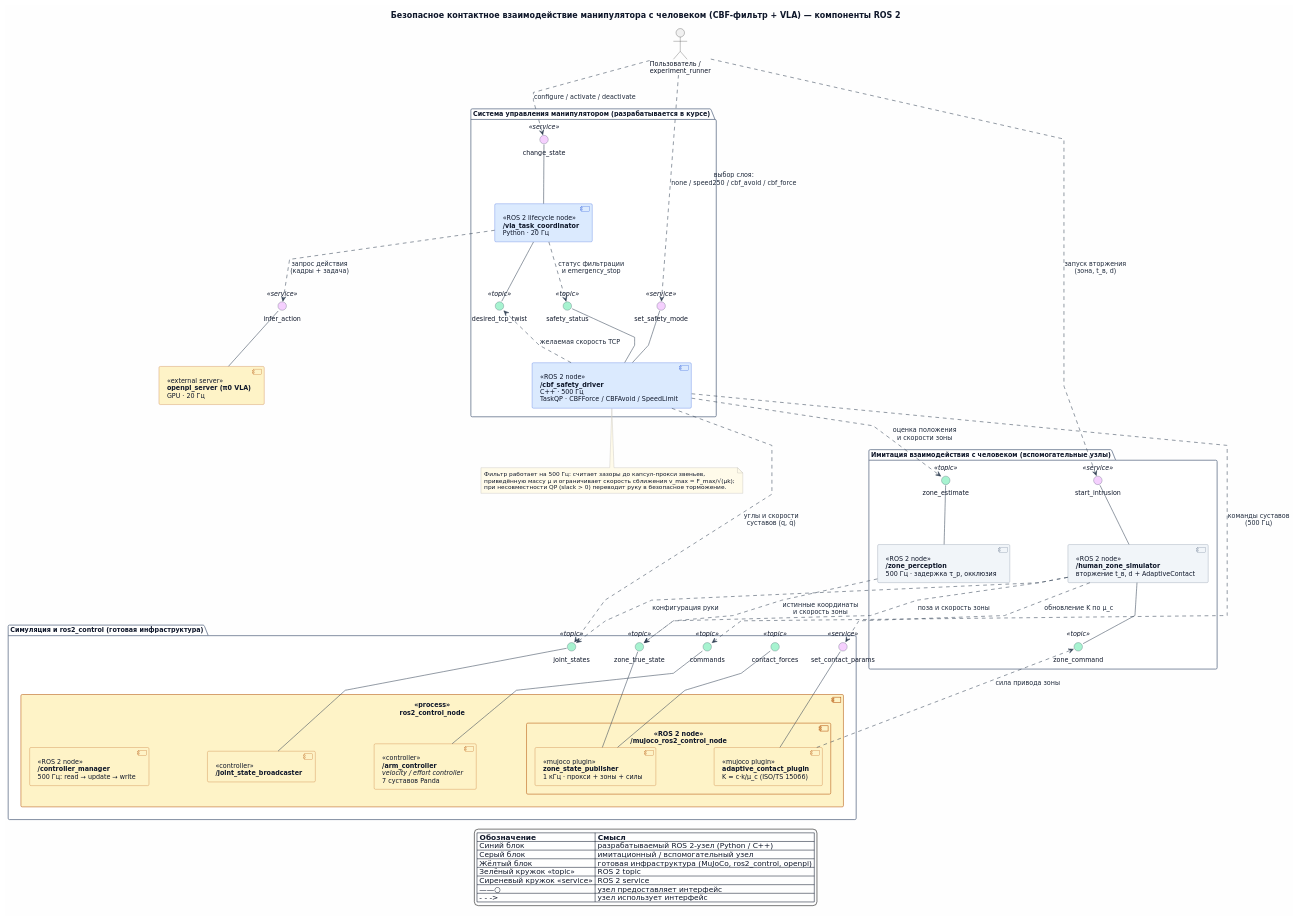
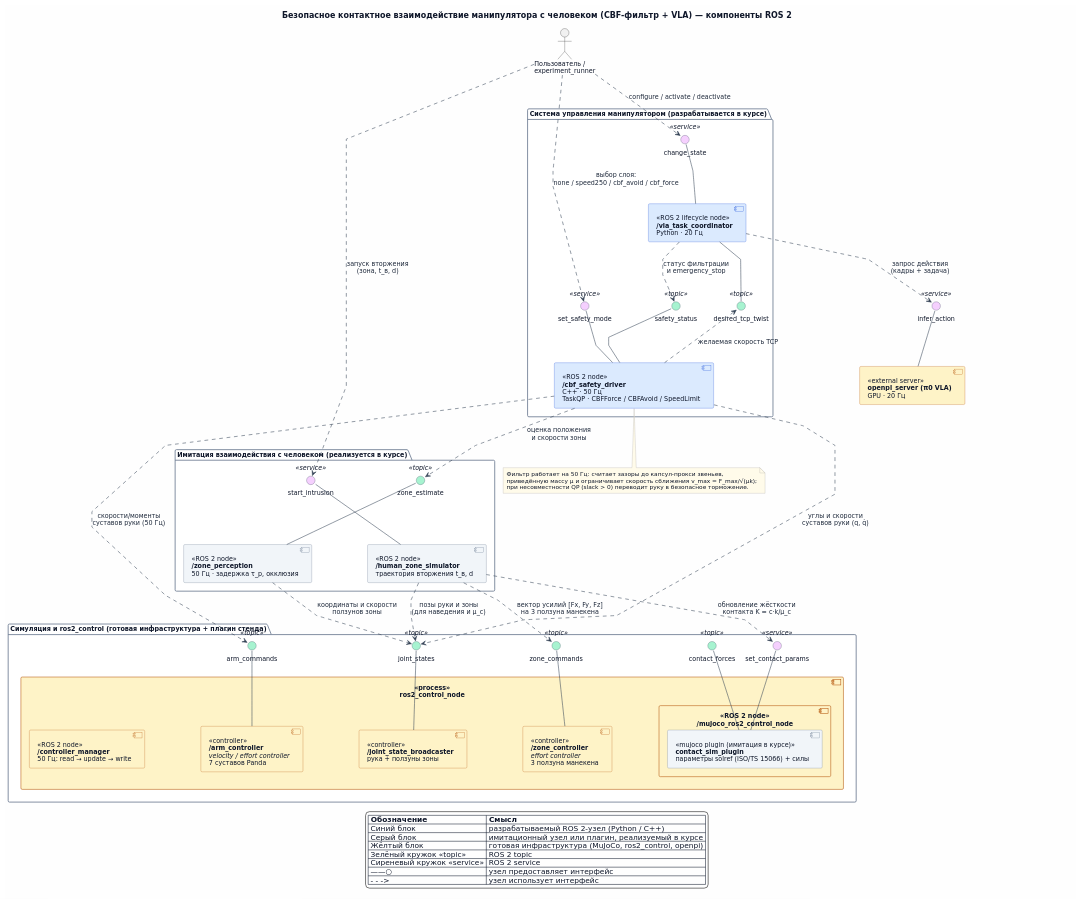
The diagram in component_diagram.puml (RRBTW/robotics-course-project), drawn with PlantUML before and after one commit. The commit also changed 1 other file, not shown here.

Commit message:
Update component diagram per review feedback

```diff
--- a/component_diagram.puml
+++ b/component_diagram.puml
@@ -1,158 +1,155 @@
 @startuml component_diagram
 ' UML-диаграмма компонентов: CBF-фильтр ограничения пиковой силы контакта для VLA-манипулятора
 ' Рендер: plantuml -tsvg component_diagram.puml
 
 skinparam backgroundColor #FEFEFE
 skinparam defaultFontName "DejaVu Sans"
 skinparam defaultFontSize 12
 skinparam defaultFontColor #0f172a
 skinparam titleFontSize 15
 skinparam shadowing false
 skinparam componentStyle uml2
 skinparam linetype polyline
-skinparam nodesep 110
+skinparam nodesep 105
 skinparam ranksep 65
 skinparam ArrowColor #334155
 skinparam ArrowFontColor #1e293b
 skinparam InterfaceBorderColor #334155
 
 skinparam package {
   BackgroundColor #FFFFFF
   BorderColor #64748b
   FontStyle bold
 }
 skinparam component {
   BackgroundColor<<dev>> #dbeafe
   BorderColor<<dev>> #1d4ed8
   BackgroundColor<<sim>> #f1f5f9
   BorderColor<<sim>> #64748b
   BackgroundColor<<infra>> #fef3c7
   BorderColor<<infra>> #b45309
 }
 skinparam interface {
   BackgroundColor<<topic>> #a7f3d0
   BackgroundColor<<service>> #f5d0fe
   BackgroundColor<<action>> #fed7aa
 }
 skinparam note {
   BackgroundColor #fffbea
   BorderColor #a8a29e
   FontSize 11
 }
 hide <<dev>> stereotype
 hide <<sim>> stereotype
 hide <<infra>> stereotype
 
 title Безопасное контактное взаимодействие манипулятора с человеком (CBF-фильтр + VLA) — компоненты ROS 2
 
 actor "Пользователь /\nexperiment_runner" as user
 
 ' ───────── Внешний VLA-сервер (слева) ─────────
 component "<<external server>>\n**openpi_server (π0 VLA)**\nGPU · 20 Гц" as openpi <<infra>>
 interface "infer_action" as srv_vla <<service>>
 
 ' ───────── Разрабатываемая система управления (центр) ─────────
 package "Система управления манипулятором (разрабатывается в курсе)" as CTRL {
   interface "change_state" as srv_lifecycle <<service>>
   interface "set_safety_mode" as srv_mode <<service>>
 
   component "<<ROS 2 lifecycle node>>\n**/vla_task_coordinator**\nPython · 20 Гц" as coordinator <<dev>>
 
   interface "desired_tcp_twist" as tp_twist <<topic>>
   interface "safety_status" as tp_status <<topic>>
 
-  component "<<ROS 2 node>>\n**/cbf_safety_driver**\nC++ · 500 Гц\nTaskQP · CBFForce / CBFAvoid / SpeedLimit" as safety <<dev>>
+  component "<<ROS 2 node>>\n**/cbf_safety_driver**\nC++ · 50 Гц\nTaskQP · CBFForce / CBFAvoid / SpeedLimit" as safety <<dev>>
 }
 
 ' ───────── Имитация окружения и восприятия (справа) ─────────
-package "Имитация взаимодействия с человеком (вспомогательные узлы)" as SIM {
+package "Имитация взаимодействия с человеком (реализуется в курсе)" as SIM {
   interface "start_intrusion" as srv_intr <<service>>
-  component "<<ROS 2 node>>\n**/human_zone_simulator**\nвторжение t_в, d + AdaptiveContact" as intrusion <<sim>>
-  interface "zone_command" as tp_zcmd <<topic>>
+  component "<<ROS 2 node>>\n**/human_zone_simulator**\nтраектория вторжения t_в, d" as intrusion <<sim>>
 
-  component "<<ROS 2 node>>\n**/zone_perception**\n500 Гц · задержка τ_p, окклюзия" as perception <<sim>>
+  component "<<ROS 2 node>>\n**/zone_perception**\n50 Гц · задержка τ_p, окклюзия" as perception <<sim>>
   interface "zone_estimate" as tp_zest <<topic>>
 }
 
-' ───────── Готовая инфраструктура (внизу) ─────────
-package "Симуляция и ros2_control (готовая инфраструктура)" as INFRA {
-  interface "commands" as tp_cmd <<topic>>
+' ───────── Готовая инфраструктура + имитационный плагин MuJoCo (внизу) ─────────
+package "Симуляция и ros2_control (готовая инфраструктура + плагин стенда)" as INFRA {
+  interface "arm_commands" as tp_cmd <<topic>>
   interface "joint_states" as tp_js <<topic>>
-  interface "zone_true_state" as tp_ztrue <<topic>>
+  interface "zone_commands" as tp_zcmd <<topic>>
   interface "contact_forces" as tp_forces <<topic>>
   interface "set_contact_params" as srv_cparams <<service>>
 
   component "<<process>>\n**ros2_control_node**" as r2c <<infra>> {
     component "<<controller>>\n**/arm_controller**\n//velocity / effort controller//\n7 суставов Panda" as arm_ctrl <<infra>>
-    component "<<controller>>\n**/joint_state_broadcaster**" as jsb <<infra>>
+    component "<<controller>>\n**/joint_state_broadcaster**\nрука + ползуны зоны" as jsb <<infra>>
+    component "<<controller>>\n**/zone_controller**\n//effort controller//\n3 ползуна манекена" as zone_ctrl <<infra>>
     component "<<ROS 2 node>>\n**/mujoco_ros2_control_node**" as mjnode <<infra>> {
-      component "<<mujoco plugin>>\n**zone_state_publisher**\n1 кГц · прокси + зоны + силы" as zpub <<infra>>
-      component "<<mujoco plugin>>\n**adaptive_contact_plugin**\nK = c·k/μ_c (ISO/TS 15066)" as acp <<infra>>
+      component "<<mujoco plugin (имитация в курсе)>>\n**contact_sim_plugin**\nпараметры solref (ISO/TS 15066) + силы" as cplugin <<sim>>
     }
-    component "<<ROS 2 node>>\n**/controller_manager**\n500 Гц: read → update → write" as cm <<infra>>
+    component "<<ROS 2 node>>\n**/controller_manager**\n50 Гц: read → update → write" as cm <<infra>>
   }
 }
 
 note bottom of safety
-  Фильтр работает на 500 Гц: считает зазоры до капсул-прокси звеньев,
+  Фильтр работает на 50 Гц: считает зазоры до капсул-прокси звеньев,
   приведённую массу μ и ограничивает скорость сближения v_max = F_max/√(μk);
   при несовместности QP (slack > 0) переводит руку в безопасное торможение.
 end note
 
 ' ───────── Предоставляемые интерфейсы (сплошная линия к кружку) ─────────
 srv_vla -- openpi
 srv_lifecycle -- coordinator
 coordinator -- tp_twist
 tp_status -- safety
 srv_mode -- safety
 srv_intr -- intrusion
-intrusion -- tp_zcmd
 tp_zest -- perception
 
 tp_cmd -- arm_ctrl
 tp_js -- jsb
-tp_ztrue -- zpub
-tp_forces -- zpub
-srv_cparams -- acp
+tp_zcmd -- zone_ctrl
+tp_forces -- cplugin
+srv_cparams -- cplugin
 
-' ───────── Подсказки раскладки (чтобы не было пересечений) ─────────
+' ───────── Подсказки раскладки ─────────
 openpi -[hidden]right- coordinator
 coordinator -[hidden]right- intrusion
 tp_twist -[hidden]right- tp_status
 safety -[hidden]right- perception
 tp_cmd -[hidden]right- tp_js
-tp_js -[hidden]right- tp_ztrue
-tp_ztrue -[hidden]right- srv_cparams
+tp_js -[hidden]right- tp_zcmd
+tp_zcmd -[hidden]right- srv_cparams
 srv_cparams -[hidden]right- tp_forces
 
 ' ───────── Используемые интерфейсы (пунктир к кружку) ─────────
 user ..> srv_lifecycle : configure / activate / deactivate
 user ..> srv_mode : выбор слоя:\nnone / speed250 / cbf_avoid / cbf_force
 user ..> srv_intr : запуск вторжения\n(зона, t_в, d)
 
 coordinator ..> srv_vla : запрос действия\n(кадры + задача)
 coordinator ..> tp_status : статус фильтрации\nи emergency_stop
 
 safety ..> tp_twist : желаемая скорость TCP
 safety ..> tp_zest : оценка положения\nи скорости зоны
-safety ..> tp_js : углы и скорости\nсуставов (q, q̇)
-safety ..> tp_cmd : команды суставов\n(500 Гц)
+safety ..> tp_js : углы и скорости\nсуставов руки (q, q̇)
+safety ..> tp_cmd : скорости/моменты\nсуставов руки (50 Гц)
 
-perception ..> tp_ztrue : истинные координаты\nи скорость зоны
-intrusion ..> tp_ztrue : поза и скорость зоны
-intrusion ..> tp_js : конфигурация руки
-intrusion ..> srv_cparams : обновление K по μ_c
-acp ..> tp_zcmd : сила привода зоны
+perception ..> tp_js : координаты и скорости\nползунов зоны
+intrusion ..> tp_js : позы руки и зоны\n(для наведения и μ_c)
+intrusion ..> tp_zcmd : вектор усилий [Fx, Fy, Fz]\nна 3 ползуна манекена
+intrusion ..> srv_cparams : обновление жёсткости\nконтакта K = c·k/μ_c
 
 legend bottom
   |= Обозначение |= Смысл |
   | Синий блок | разрабатываемый ROS 2-узел (Python / C++) |
-  | Серый блок | имитационный / вспомогательный узел |
+  | Серый блок | имитационный узел или плагин, реализуемый в курсе |
   | Жёлтый блок | готовая инфраструктура (MuJoCo, ros2_control, openpi) |
   | Зелёный кружок <<topic>> | ROS 2 topic |
   | Сиреневый кружок <<service>> | ROS 2 service |
   | ——○ | узел предоставляет интерфейс |
   | - - -> | узел использует интерфейс |
 endlegend
 
 @enduml
```
